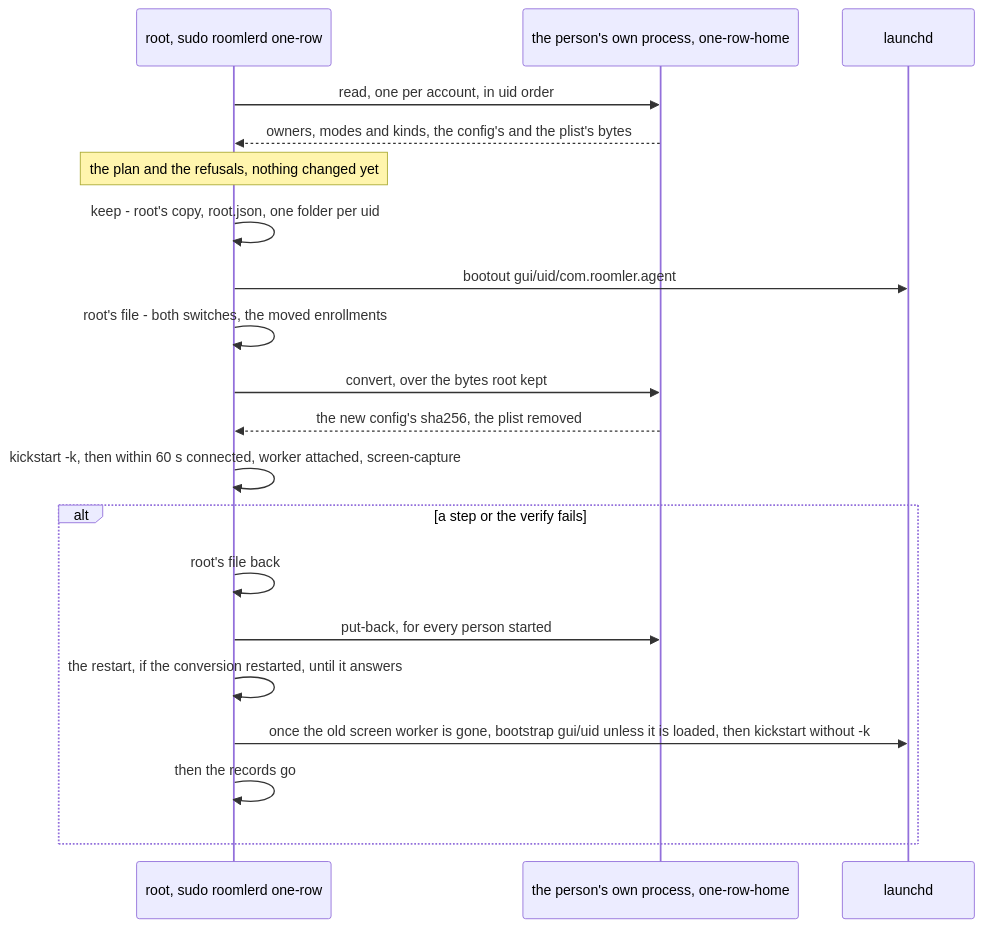
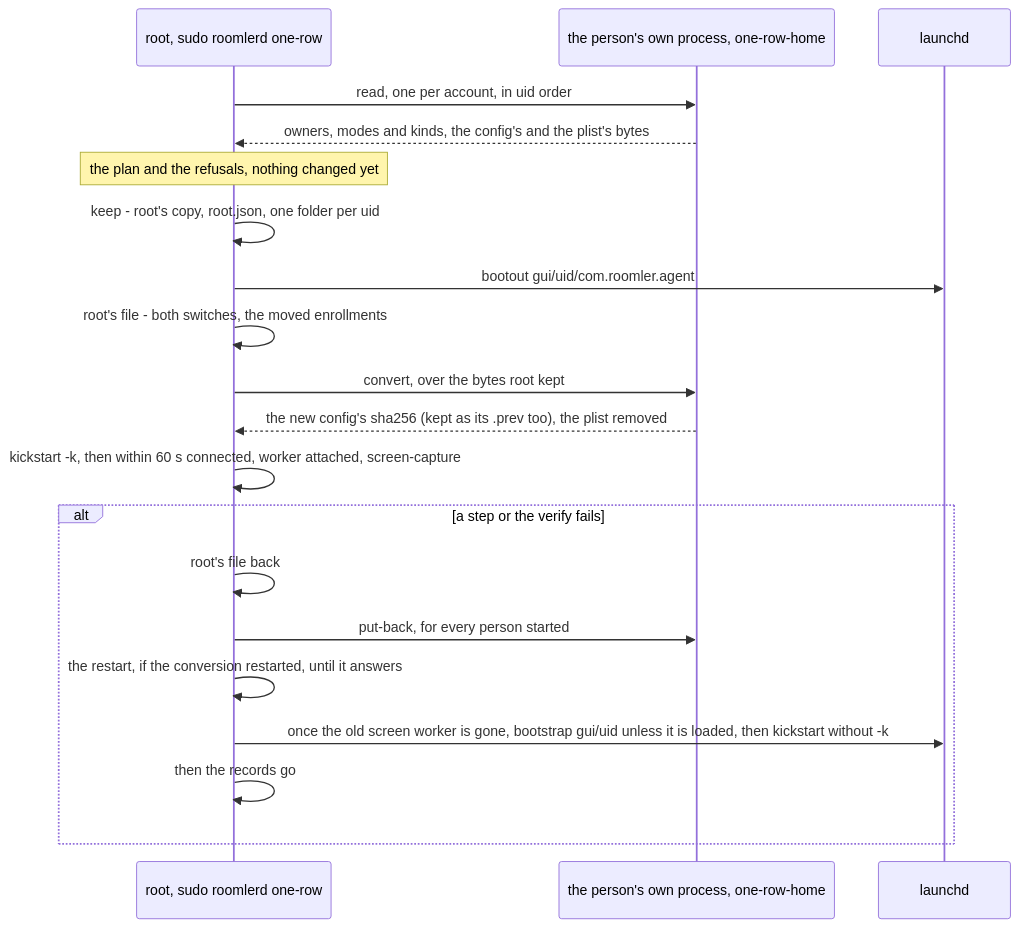
One commit to gjovanov/roomler-ai changed diagram 24 of 30 in docs/installation.md. Above: the diagram before and after it, drawn with Mermaid. The commit also changed other lines of this file and 8 other files, not shown here.

````diff
--- a/docs/installation.md
+++ b/docs/installation.md
@@ -3026,22 +3038,22 @@
 ```mermaid
 sequenceDiagram
     participant R as root, sudo roomlerd one-row
     participant C as the person's own process, one-row-home
     participant D as launchd
     R->>C: read, one per account, in uid order
     C-->>R: owners, modes and kinds, the config's and the plist's bytes
     Note over R: the plan and the refusals, nothing changed yet
     R->>R: keep - root's copy, root.json, one folder per uid
     R->>D: bootout gui/uid/com.roomler.agent
     R->>R: root's file - both switches, the moved enrollments
     R->>C: convert, over the bytes root kept
-    C-->>R: the new config's sha256, the plist removed
+    C-->>R: the new config's sha256 (kept as its .prev too), the plist removed
     R->>R: kickstart -k, then within 60 s connected, worker attached, screen-capture
     alt a step or the verify fails
         R->>R: root's file back
         R->>C: put-back, for every person started
         R->>R: the restart, if the conversion restarted, until it answers
         R->>D: once the old screen worker is gone, bootstrap gui/uid unless it is loaded, then kickstart without -k
         R->>R: then the records go
     end
 ```
````
